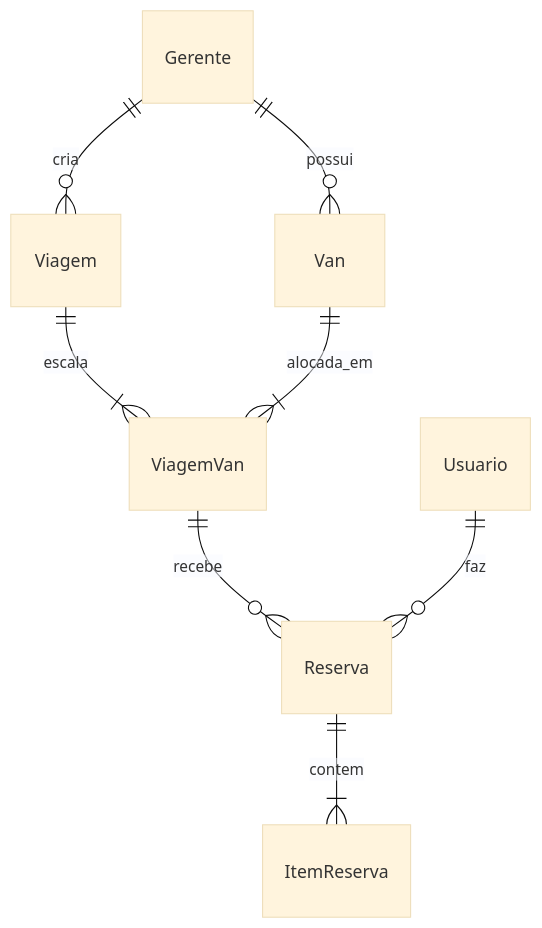
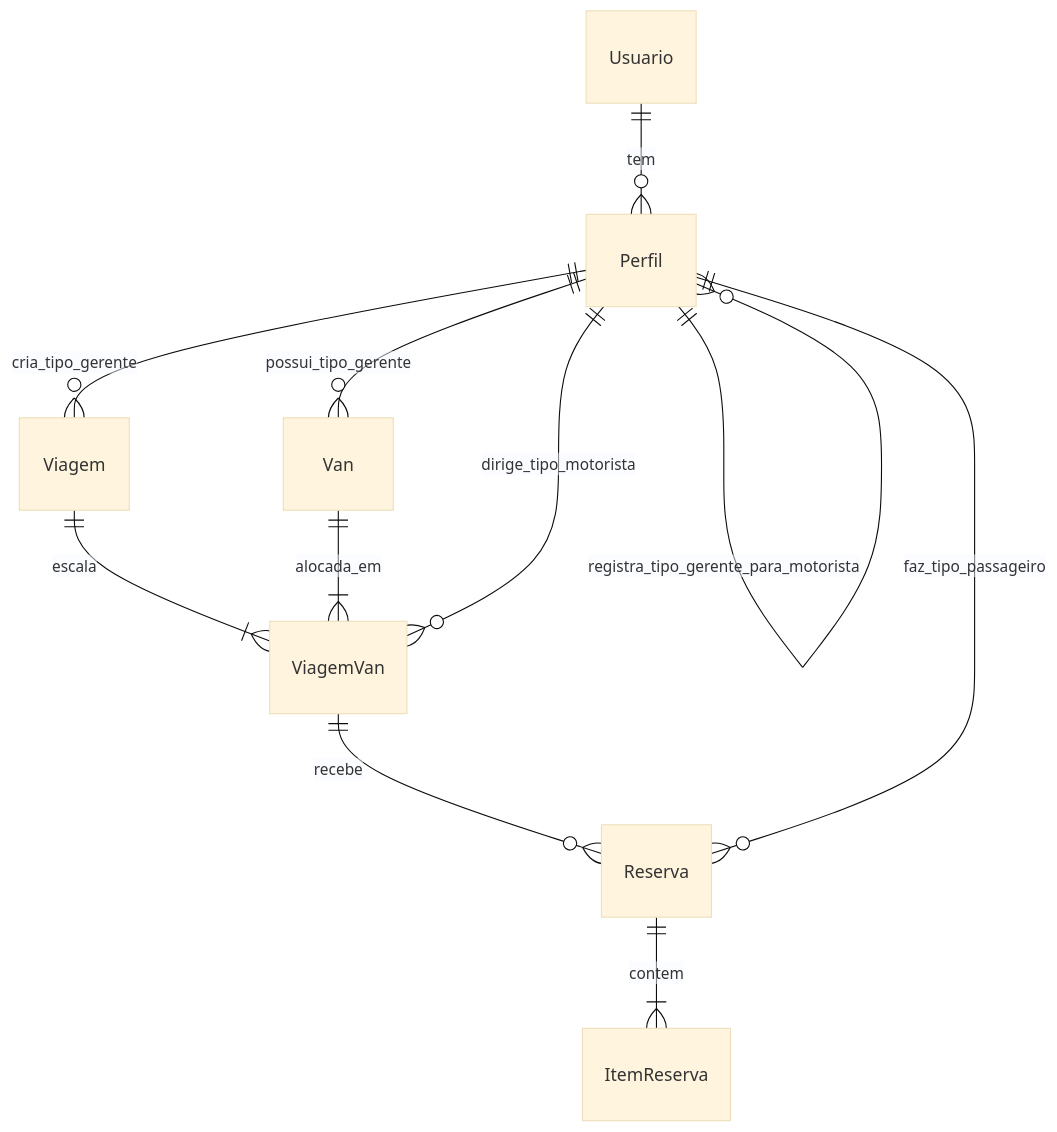
One commit to zico10-arthur/BackEnd-VanBora changed the second of 4 diagrams in plans/technical-plan.md. Above: the diagram before and after it, drawn with Mermaid (base theme). The commit also changed other lines of this file and 3 other files, not shown here.

````diff
--- a/plans/technical-plan.md
+++ b/plans/technical-plan.md
@@ -42,10 +42,13 @@
 ```mermaid
 erDiagram
-    Gerente ||--o{ Van : "possui"
-    Gerente ||--o{ Viagem : "cria"
+    Usuario ||--o{ Perfil : "tem"
+    Perfil ||--o{ Van : "possui_tipo_gerente"
+    Perfil ||--o{ Viagem : "cria_tipo_gerente"
+    Perfil ||--o{ Perfil : "registra_tipo_gerente_para_motorista"
     Viagem ||--|{ ViagemVan : "escala"
     Van ||--|{ ViagemVan : "alocada_em"
+    Perfil ||--o{ ViagemVan : "dirige_tipo_motorista"
     ViagemVan ||--o{ Reserva : "recebe"
-    Usuario ||--o{ Reserva : "faz"
+    Perfil ||--o{ Reserva : "faz_tipo_passageiro"
     Reserva ||--|{ ItemReserva : "contem"
 ```
````
